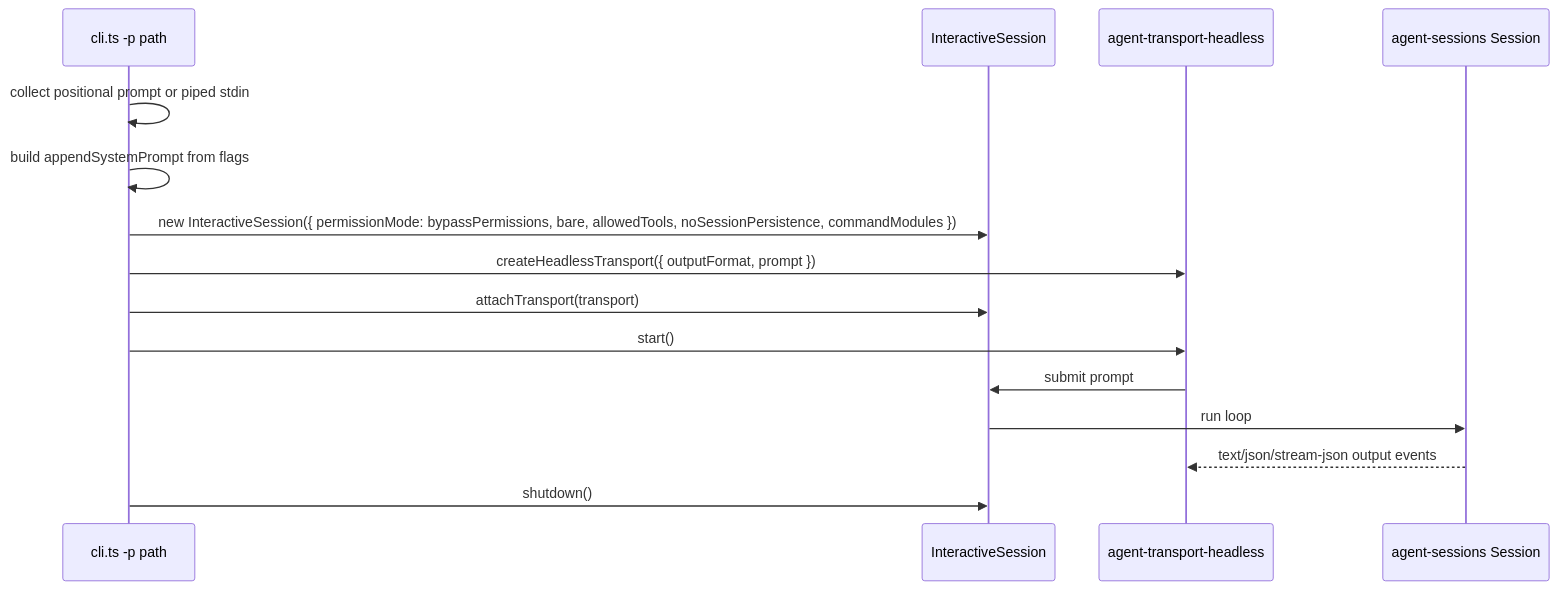
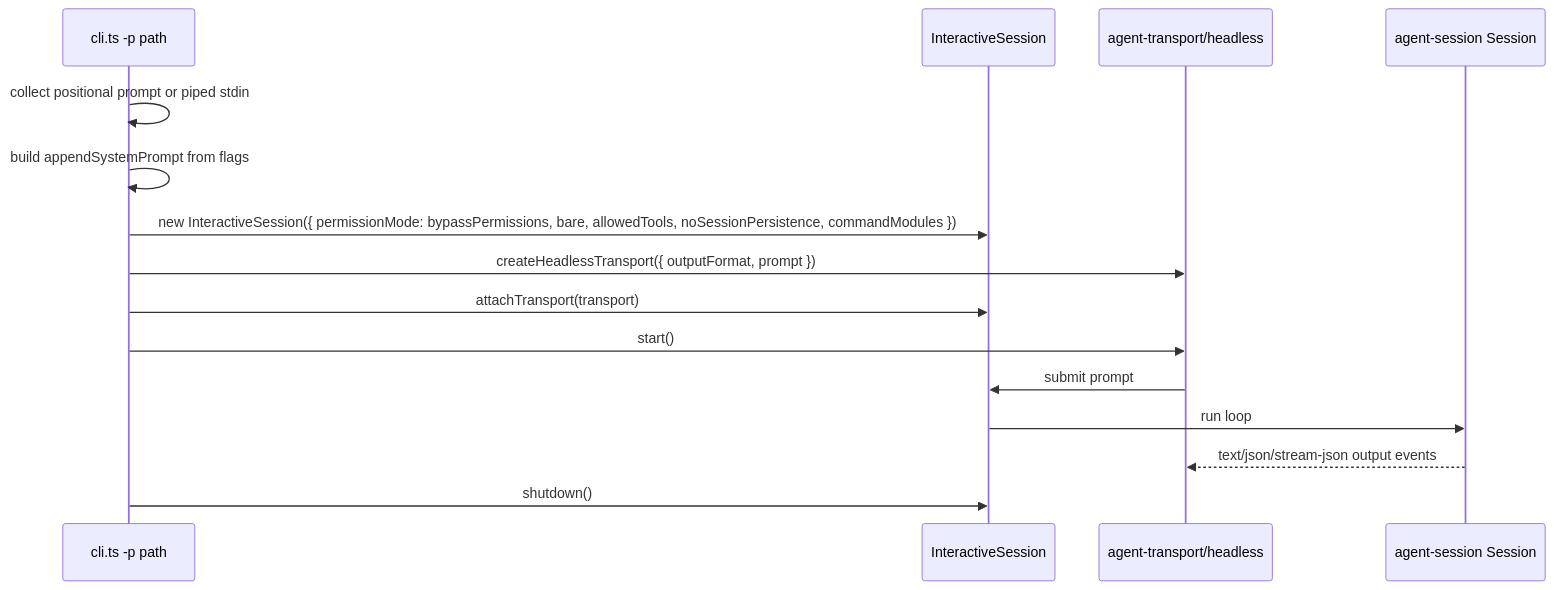
One commit to woojubb/robota changed the second of 3 diagrams in .agents/specs/architecture-map/agent-cli/execution-modes.md. Above: the diagram before and after it, drawn with Mermaid. The commit also changed other lines of this file and 690 other files, not shown here.

````diff
--- a/.agents/specs/architecture-map/agent-cli/execution-modes.md
+++ b/.agents/specs/architecture-map/agent-cli/execution-modes.md
@@ -40,18 +40,18 @@
 ```mermaid
 sequenceDiagram
   participant CLI as cli.ts -p path
   participant SDK as InteractiveSession
-  participant Transport as agent-transport-headless
-  participant Session as agent-sessions Session
+  participant Transport as agent-transport/headless
+  participant Session as agent-session Session
 
   CLI->>CLI: collect positional prompt or piped stdin
   CLI->>CLI: build appendSystemPrompt from flags
   CLI->>SDK: new InteractiveSession({ permissionMode: bypassPermissions, bare, allowedTools, noSessionPersistence, commandModules })
   CLI->>Transport: createHeadlessTransport({ outputFormat, prompt })
   CLI->>SDK: attachTransport(transport)
   CLI->>Transport: start()
   Transport->>SDK: submit prompt
   SDK->>Session: run loop
   Session-->>Transport: text/json/stream-json output events
   CLI->>SDK: shutdown()
 ```
````
